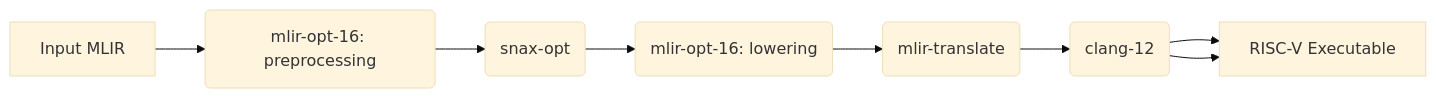
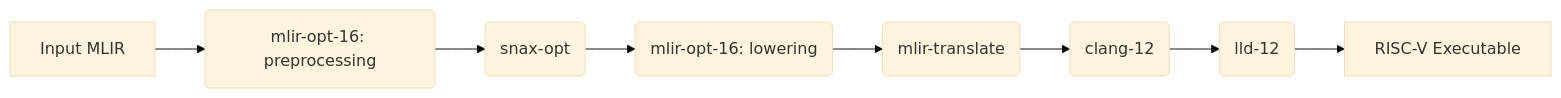
One commit to KULeuven-MICAS/snax-mlir changed the second of 2 diagrams in README.md. Above: the diagram before and after it, drawn with Mermaid (base theme).

Commit message:
cut mermaid

````diff
--- a/README.md
+++ b/README.md
@@ -91,10 +91,10 @@
 ```mermaid
 graph LR
     A[Input MLIR] --> B(mlir-opt-16: preprocessing)
     B --> C(snax-opt)
     C --> D(mlir-opt-16: lowering)
     D --> E(mlir-translate)
     E --> F(clang-12)
     F --> G(lld-12)
-    F --> G[RISC-V Executable]
+    G --> H[RISC-V Executable]
 ```
````
